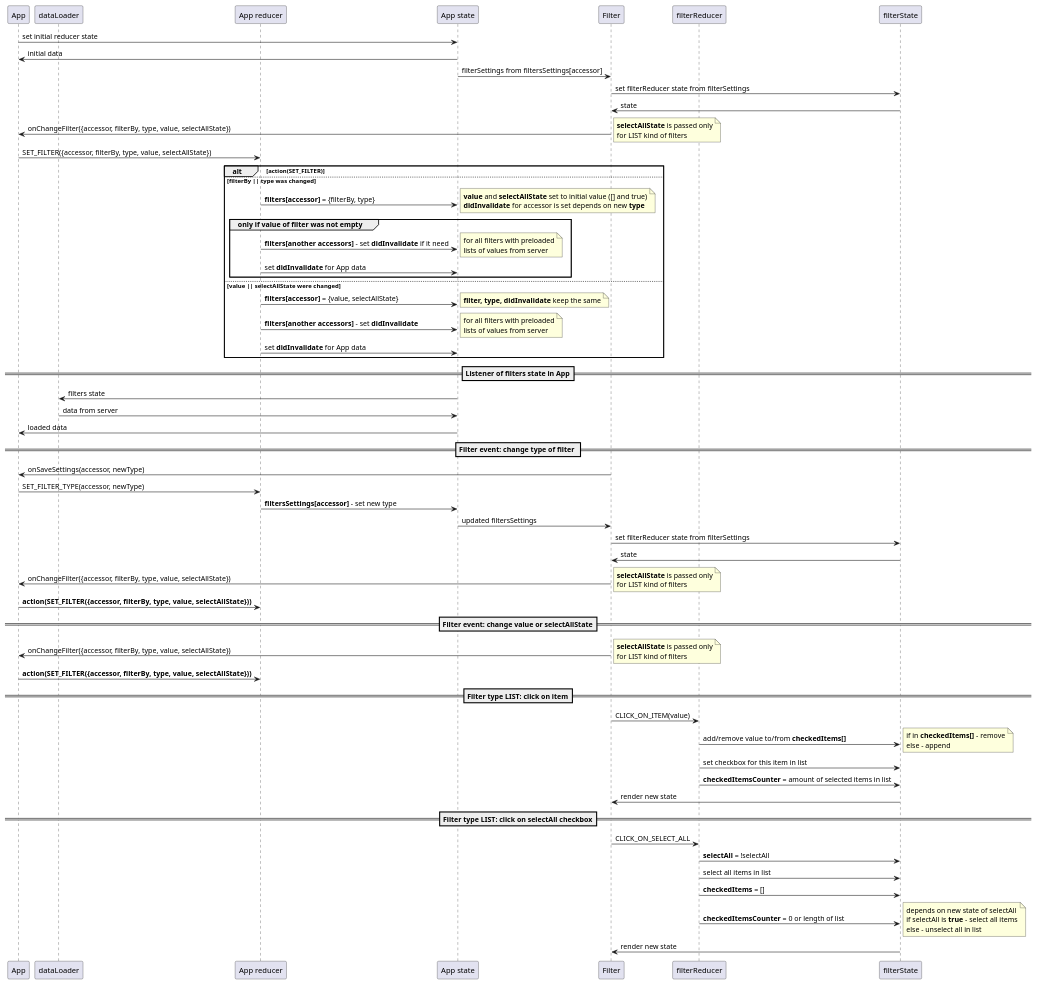
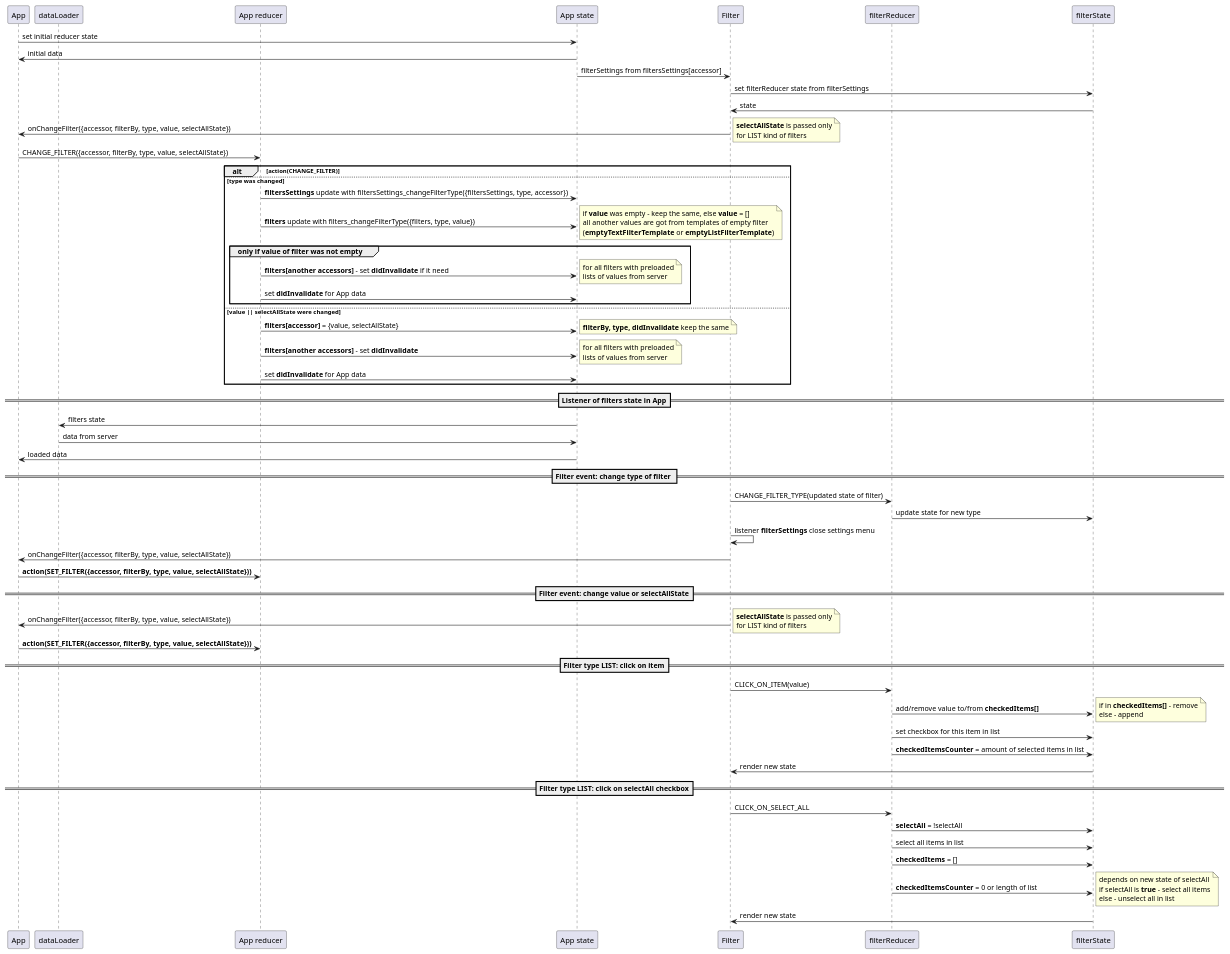
Before and after one commit to Maximus905/ReactBootstrap4Table: the diagram in diagrams/WorkFlowAndEvents.puml, drawn with PlantUML. The commit also changed 20 other files, not shown here.

Commit message:
working without updating list fo filter

```diff
--- a/diagrams/WorkFlowAndEvents.puml
+++ b/diagrams/WorkFlowAndEvents.puml
@@ -1,158 +1,108 @@
 @startuml
 participant App
 participant dataLoader
 participant "App reducer" as reducer
 participant "App state" as state
 participant Filter
 participant "filterReducer" as fReducer
 participant "filterState" as fState
 
 App -> state: set initial reducer state
 state -> App: initial data
 Filter <- state: filterSettings from filtersSettings[accessor]
 Filter -> fState: set filterReducer state from filterSettings
 fState -> Filter: state
 Filter -> App: onChangeFilter({accessor, filterBy, type, value, selectAllState})
     note right
         **selectAllState** is passed only
         for LIST kind of filters
     end note
-App -> reducer: SET_FILTER({accessor, filterBy, type, value, selectAllState})
+App -> reducer: CHANGE_FILTER({accessor, filterBy, type, value, selectAllState})
 
-alt action(SET_FILTER)
-else filterBy || type was changed
-reducer -> state: **filters[accessor]** = {filterBy, type}
+alt action(CHANGE_FILTER)
+else type was changed
+reducer -> state: **filtersSettings** update with filtersSettings_changeFilterType({filtersSettings, type, accessor})
+reducer -> state: **filters** update with filters_changeFilterType({filters, type, value})
     note right
-        **value** and **selectAllState** set to initial value ([] and true)
-        **didInvalidate** for accessor is set depends on new **type**
+        if **value** was empty - keep the same, else **value** = []
+        all another values are got from templates of empty filter
+        (**emptyTextFilterTemplate** or **emptyListFilterTemplate**)
     end note
 
 group only if value of filter was not empty
     reducer -> state: **filters[another accessors]** - set **didInvalidate** if it need
         note right
                 for all filters with preloaded
                 lists of values from server
         end note
     reducer -> state: set **didInvalidate** for App data
 end
 else value || selectAllState were changed
 reducer -> state: **filters[accessor]** = {value, selectAllState}
     note right
-        **filter, type, didInvalidate** keep the same
+        **filterBy, type, didInvalidate** keep the same
     end note
 reducer -> state: **filters[another accessors]** - set **didInvalidate**
     note right
             for all filters with preloaded
             lists of values from server
     end note
 reducer -> state: set **didInvalidate** for App data
 end
 ==Listener of filters state in App==
 dataLoader <- state: filters state
 dataLoader -> state: data from server
 state -> App: loaded data
 
 == Filter event: change type of filter ==
-Filter -> App: onSaveSettings(accessor, newType)
-App -> reducer: SET_FILTER_TYPE(accessor, newType)
-reducer -> state: **filtersSettings[accessor]** - set new type
-state -> Filter: updated filtersSettings
-Filter -> fState: set filterReducer state from filterSettings
-fState -> Filter: state
+Filter -> fReducer: CHANGE_FILTER_TYPE(updated state of filter)
+fReducer -> fState: update state for new type
+Filter -> Filter: listener **filterSettings** close settings menu
 Filter -> App: onChangeFilter({accessor, filterBy, type, value, selectAllState})
-    note right
-        **selectAllState** is passed only
-        for LIST kind of filters
-    end note
 App -> reducer: **action(SET_FILTER({accessor, filterBy, type, value, selectAllState}))**
 
 
-'reducer -> state: **filters[accessor]** - set new type
-'reducer --> state: **filters[accessor]** - clear value
-'group Only if previous filters[accessor] value was not empty
-'    reducer -> state: **filters[another accessors]** - set **didInvalidate** if it need
+'Filter -> App: onSaveSettings(accessor, newType)
+'App -> reducer: SET_FILTER_TYPE(accessor, newType)
+'reducer -> state: **filtersSettings[accessor]** - set new type
+'state -> Filter: updated filtersSettings
+'Filter -> fState: set filterReducer state from filterSettings
+'fState -> Filter: state
+'Filter -> App: onChangeFilter({accessor, filterBy, type, value, selectAllState})
 '    note right
-'            for all filters with preloaded
-'            lists of values
+'        **selectAllState** is passed only
+'        for LIST kind of filters
 '    end note
-'    reducer --> state: **state** - set **didInvalidate**
-'    dataLoader <-- state: filters value
-'    dataLoader --> state: data from server
-'    state --> App: loaded data
-'end
+
 ==Filter event: change value or selectAllState==
 Filter -> App: onChangeFilter({accessor, filterBy, type, value, selectAllState})
     note right
         **selectAllState** is passed only
         for LIST kind of filters
     end note
 App -> reducer: **action(SET_FILTER({accessor, filterBy, type, value, selectAllState}))**
 
-
-'== Filter event: set value of filter ==
-'Filter -> App: onChangeFilter({accessor, value, append: false, remove: false)}
-'App -> reducer: SET_FILTER_VALUE(accessor, value)
-'reducer -> state: **filters[accessor]** - set value as [value]
-'reducer -> state: **filters[another accessors]** - set **didInvalidate**
-'    note right
-'        set didInvalidate
-'        only if need reload list values
-'        for current filter
-'    end note
-'reducer --> state: **state** - set **didInvalidate**
-'dataLoader <-- state: filters value
-'dataLoader --> state: data from server
-'state --> App: loaded data
-'
-'== Filter event: append value to filter ==
-'Filter -> App: onChangeFilter({accessor, value, append: true, remove: false)}
-'reducer -> state: **filters[accessor]** - add value to array of values
-'reducer -> state: **filters[another accessors]** - set **didInvalidate**
-'    note right
-'        set didInvalidate
-'        only if need reload list values
-'        for current filter
-'    end note
-'reducer --> state: **state** - set **didInvalidate**
-'dataLoader <-- state: filters value
-'dataLoader --> state: data from server
-'state --> App: loaded data
-'
-'== Filter event: remove filter's value ==
-'Filter -> App: onChangeFilter({accessor, value, append: false, remove: true)}
-'reducer -> state: **filters[accessor]** - remove value from array of values
-'reducer -> state: **filters[another accessors]** - set **didInvalidate**
-'    note right
-'        set didInvalidate
-'        only if need reload list values
-'        for current filter
-'    end note
-'reducer --> state: **state** - set **didInvalidate**
-'dataLoader <-- state: filters value
-'dataLoader --> state: data from server
-'state --> App: loaded data
-'
 ==Filter type LIST: click on item==
 Filter -> fReducer: CLICK_ON_ITEM(value)
 fReducer -> fState: add/remove value to/from **checkedItems[]**
     note right
         if in **checkedItems[]** - remove
         else - append
     end note
 fReducer -> fState: set checkbox for this item in list
 fReducer -> fState: **checkedItemsCounter** = amount of selected items in list
 Filter <- fState: render new state
 
 ==Filter type LIST: click on selectAll checkbox==
 Filter -> fReducer: CLICK_ON_SELECT_ALL
 fReducer -> fState: **selectAll** = !selectAll
 fReducer -> fState: select all items in list
 fReducer -> fState: **checkedItems** = []
 fReducer -> fState: **checkedItemsCounter** = 0 or length of list
     note right
         depends on new state of selectAll
         if selectAll is **true** - select all items
         else - unselect all in list
     end note
 Filter <- fState: render new state
 @enduml
```
